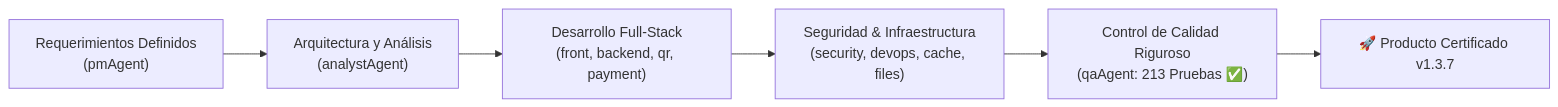
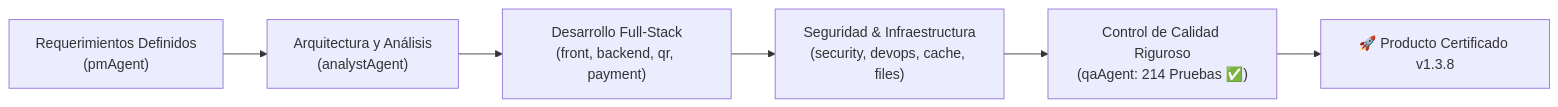
One commit to paolapaz202504/QRgenerator changed the diagram in PROJECT_STATUS_QRGENERATOR.md. Above: the diagram before and after it, drawn with Mermaid. The commit also changed other lines of this file and 9 other files, not shown here.

````diff
--- a/PROJECT_STATUS_QRGENERATOR.md
+++ b/PROJECT_STATUS_QRGENERATOR.md
@@ -12,8 +12,8 @@
 ```mermaid
 flowchart LR
     A["Requerimientos Definidos\n(pmAgent)"] --> B["Arquitectura y Análisis\n(analystAgent)"]
     B --> C["Desarrollo Full-Stack\n(front, backend, qr, payment)"]
     C --> D["Seguridad & Infraestructura\n(security, devops, cache, files)"]
-    D --> E["Control de Calidad Riguroso\n(qaAgent: 213 Pruebas ✅)"]
-    E --> F["🚀 Producto Certificado v1.3.7"]
+    D --> E["Control de Calidad Riguroso\n(qaAgent: 214 Pruebas ✅)"]
+    E --> F["🚀 Producto Certificado v1.3.8"]
 ```
````
